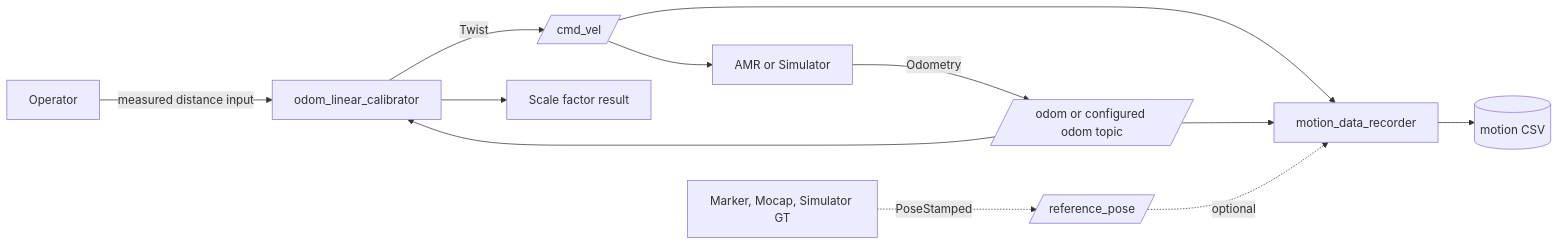
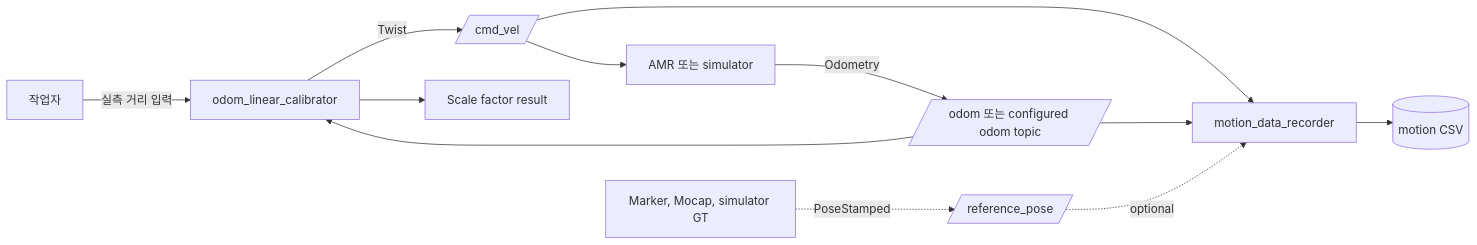
One commit to grade-e/odometry-calibrator changed the first of 7 diagrams in src/odometry_calibrator/docs/usage_and_architecture.md. Above: the diagram before and after it, drawn with Mermaid. The commit also changed other lines of this file and 2 other files, not shown here.

````diff
--- a/src/odometry_calibrator/docs/usage_and_architecture.md
+++ b/src/odometry_calibrator/docs/usage_and_architecture.md
@@ -18,17 +18,17 @@
 ```mermaid
 flowchart LR
-    Operator[Operator] -->|measured distance input| Calibrator[odom_linear_calibrator]
+    Operator[작업자] -->|실측 거리 입력| Calibrator[odom_linear_calibrator]
 
     Calibrator -->|Twist| CmdVel[/cmd_vel/]
-    Robot[AMR or Simulator] -->|Odometry| Odom[/odom or configured odom topic/]
+    Robot[AMR 또는 simulator] -->|Odometry| Odom[/odom 또는 configured odom topic/]
     CmdVel --> Robot
     Odom --> Calibrator
 
     CmdVel --> Recorder[motion_data_recorder]
     Odom --> Recorder
-    Reference[Marker, Mocap, Simulator GT] -. PoseStamped .-> RefTopic[/reference_pose/]
+    Reference[Marker, Mocap, simulator GT] -. PoseStamped .-> RefTopic[/reference_pose/]
     RefTopic -. optional .-> Recorder
 
     Recorder --> CSV[(motion CSV)]
     Calibrator --> Result[Scale factor result]
 ```
````
